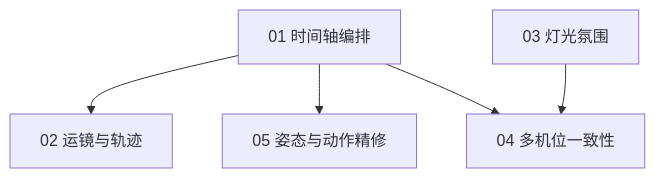
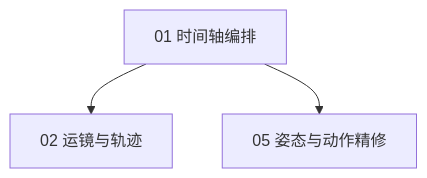
One commit to amwyygyuge/3d-director-desk changed the diagram in docs/exec2/README.md. Above: the diagram before and after it, drawn with Mermaid. The commit also changed other lines of this file and 14 other files, not shown here.

````diff
--- a/docs/exec2/README.md
+++ b/docs/exec2/README.md
@@ -8,7 +8,5 @@
 ```mermaid
 flowchart TB
     T1[01 时间轴编排] --> T2[02 运镜与轨迹]
     T1 --> T5[05 姿态与动作精修]
-    T3[03 灯光氛围] --> T4[04 多机位一致性]
-    T1 --> T4
 ```
````
